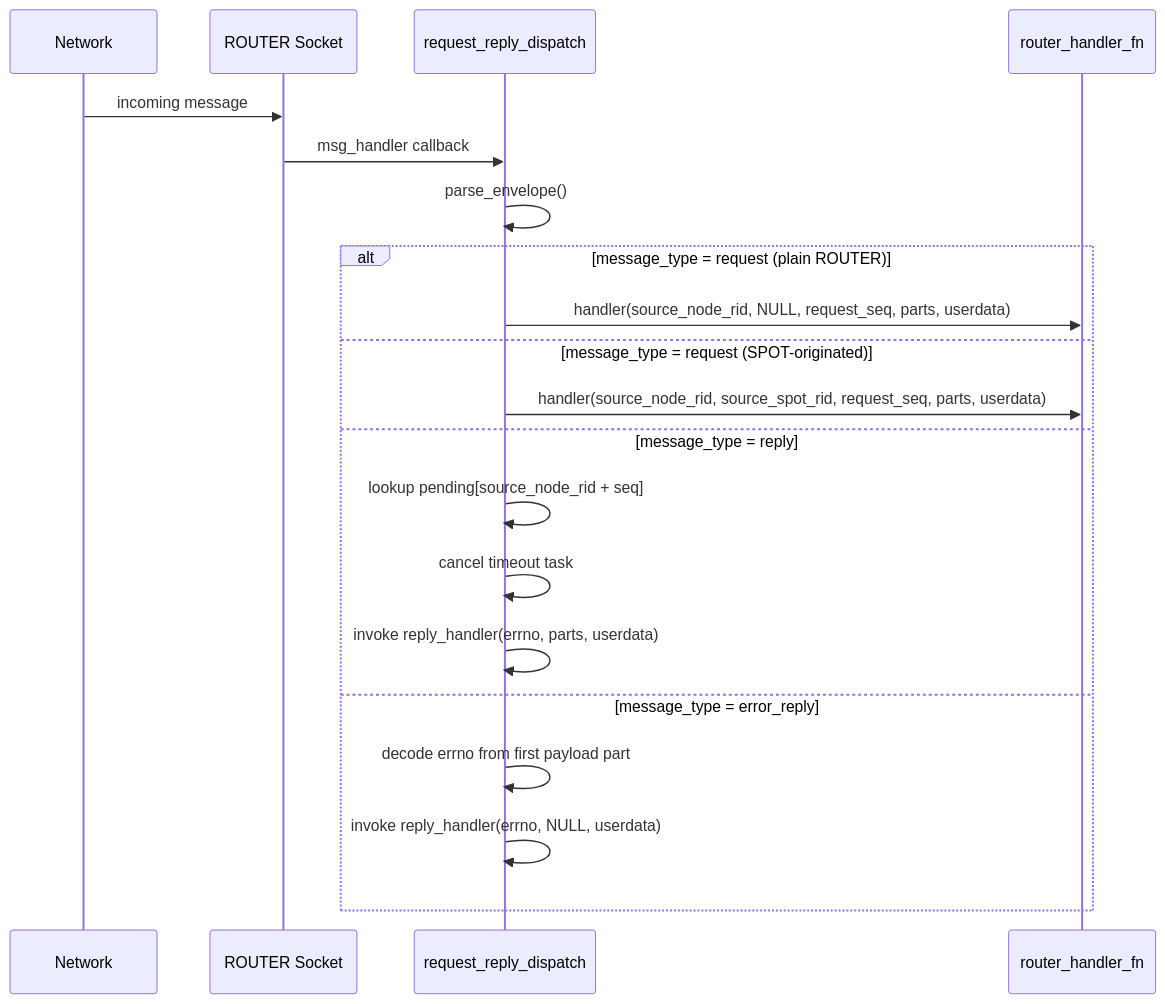
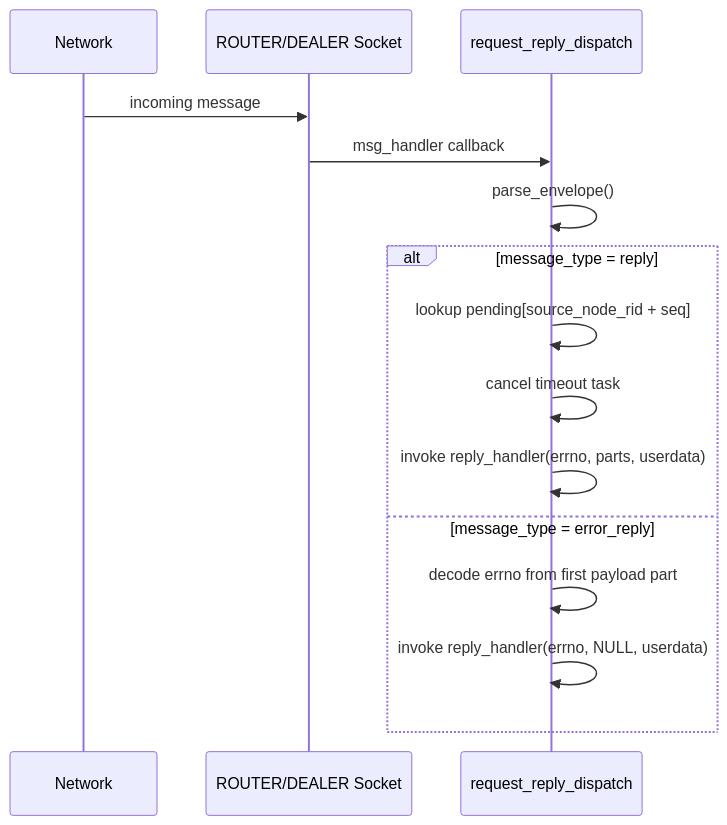
Before and after one commit to kairos-code-dev/zlink: the ninth of 14 diagrams in doc/internals/services-internals.md, drawn with Mermaid. The commit also changed other lines of this file and 154 other files, not shown here.

Commit message:
Refactor recv and service attachment flows

````diff
--- a/doc/internals/services-internals.md
+++ b/doc/internals/services-internals.md
@@ -501,23 +498,18 @@
 ```mermaid
 sequenceDiagram
     participant Net as Network
-    participant Socket as ROUTER Socket
+    participant Socket as ROUTER/DEALER Socket
     participant Dispatch as request_reply_dispatch
-    participant Handler as router_handler_fn
 
     Net->>Socket: incoming message
     Socket->>Dispatch: msg_handler callback
     Dispatch->>Dispatch: parse_envelope()
-    alt message_type = request (plain ROUTER)
-        Dispatch->>Handler: handler(source_node_rid, NULL, request_seq, parts, userdata)
-    else message_type = request (SPOT-originated)
-        Dispatch->>Handler: handler(source_node_rid, source_spot_rid, request_seq, parts, userdata)
-    else message_type = reply
+    alt message_type = reply
         Dispatch->>Dispatch: lookup pending[source_node_rid + seq]
         Dispatch->>Dispatch: cancel timeout task
         Dispatch->>Dispatch: invoke reply_handler(errno, parts, userdata)
     else message_type = error_reply
         Dispatch->>Dispatch: decode errno from first payload part
         Dispatch->>Dispatch: invoke reply_handler(errno, NULL, userdata)
     end
 ```
````
